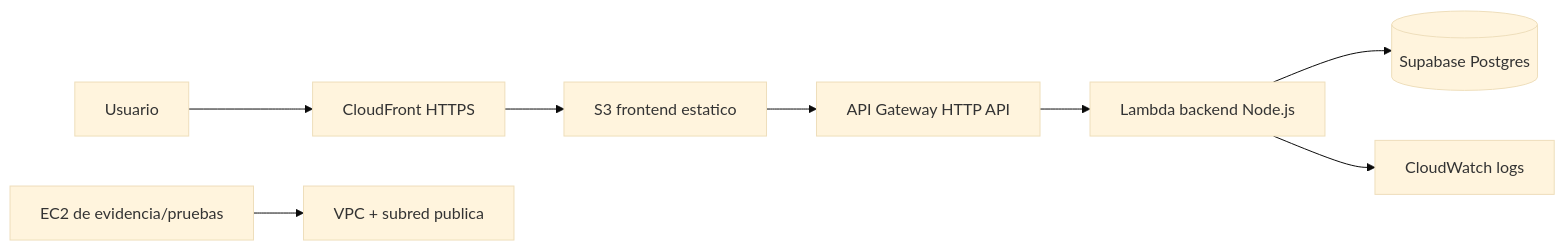
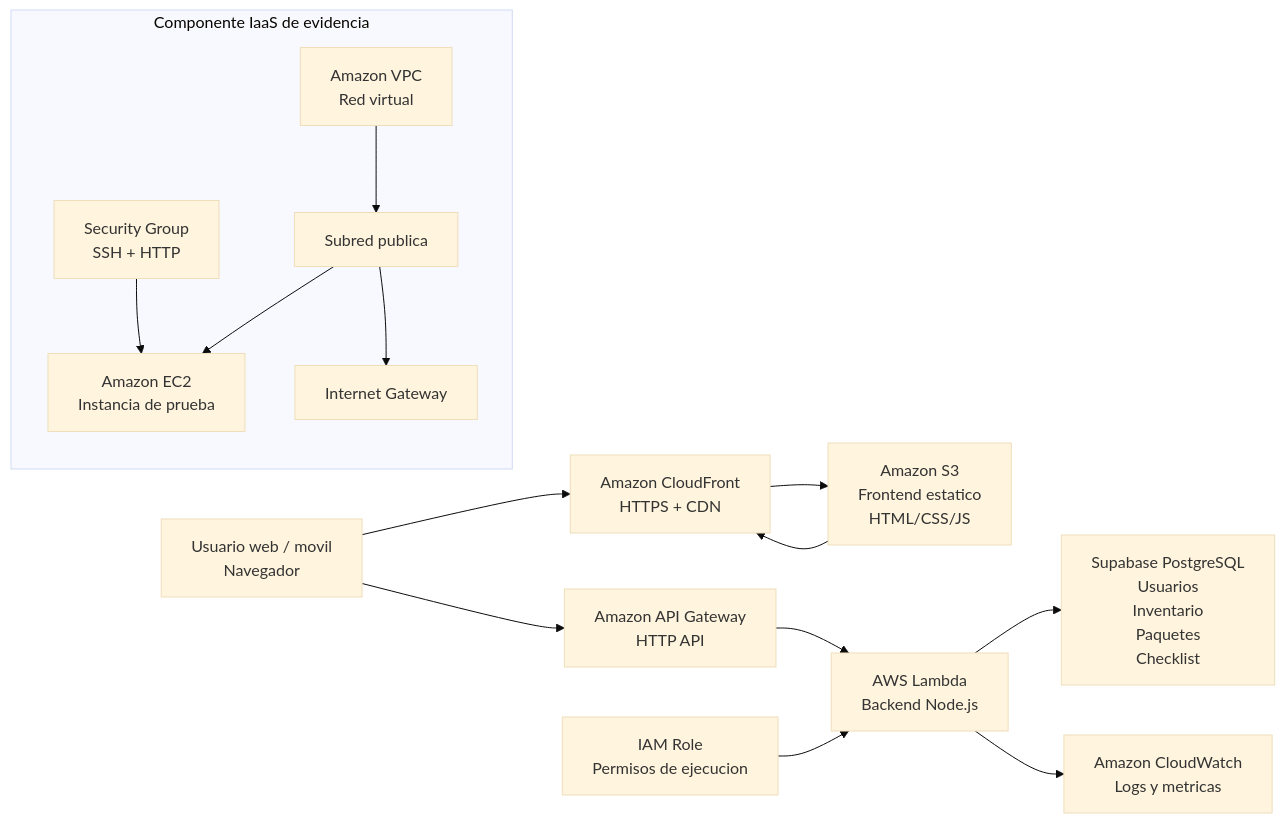
One commit to Quirama1108/FotoStock changed the diagram in README.md. Above: the diagram before and after it, drawn with Mermaid (base theme). The commit also changed other lines of this file, not shown here.

````diff
--- a/README.md
+++ b/README.md
@@ -25,10 +25,27 @@
 ```mermaid
 flowchart LR
-  U[Usuario] --> CF[CloudFront HTTPS]
-  CF --> S3[S3 frontend estatico]
-  S3 --> API[API Gateway HTTP API]
-  API --> L[Lambda backend Node.js]
-  L --> DB[(Supabase Postgres)]
-  L --> CW[CloudWatch logs]
-  EC2[EC2 de evidencia/pruebas] --> VPC[VPC + subred publica]
+  U["Usuario web / movil<br/>Navegador"] --> CF["Amazon CloudFront<br/>HTTPS + CDN"]
+  CF --> S3["Amazon S3<br/>Frontend estatico<br/>HTML/CSS/JS"]
+  S3 --> CF
+
+  U --> APIGW["Amazon API Gateway<br/>HTTP API"]
+  APIGW --> L["AWS Lambda<br/>Backend Node.js"]
+
+  L --> DB["Supabase PostgreSQL<br/>Usuarios<br/>Inventario<br/>Paquetes<br/>Checklist"]
+  L --> CW["Amazon CloudWatch<br/>Logs y metricas"]
+
+  IAM["IAM Role<br/>Permisos de ejecucion"] --> L
+
+  subgraph IaaS["Componente IaaS de evidencia"]
+    VPC["Amazon VPC<br/>Red virtual"]
+    SUB["Subred publica"]
+    EC2["Amazon EC2<br/>Instancia de prueba"]
+    IGW["Internet Gateway"]
+    SG["Security Group<br/>SSH + HTTP"]
+
+    VPC --> SUB
+    SUB --> EC2
+    SUB --> IGW
+    SG --> EC2
+  end
 ```
````
